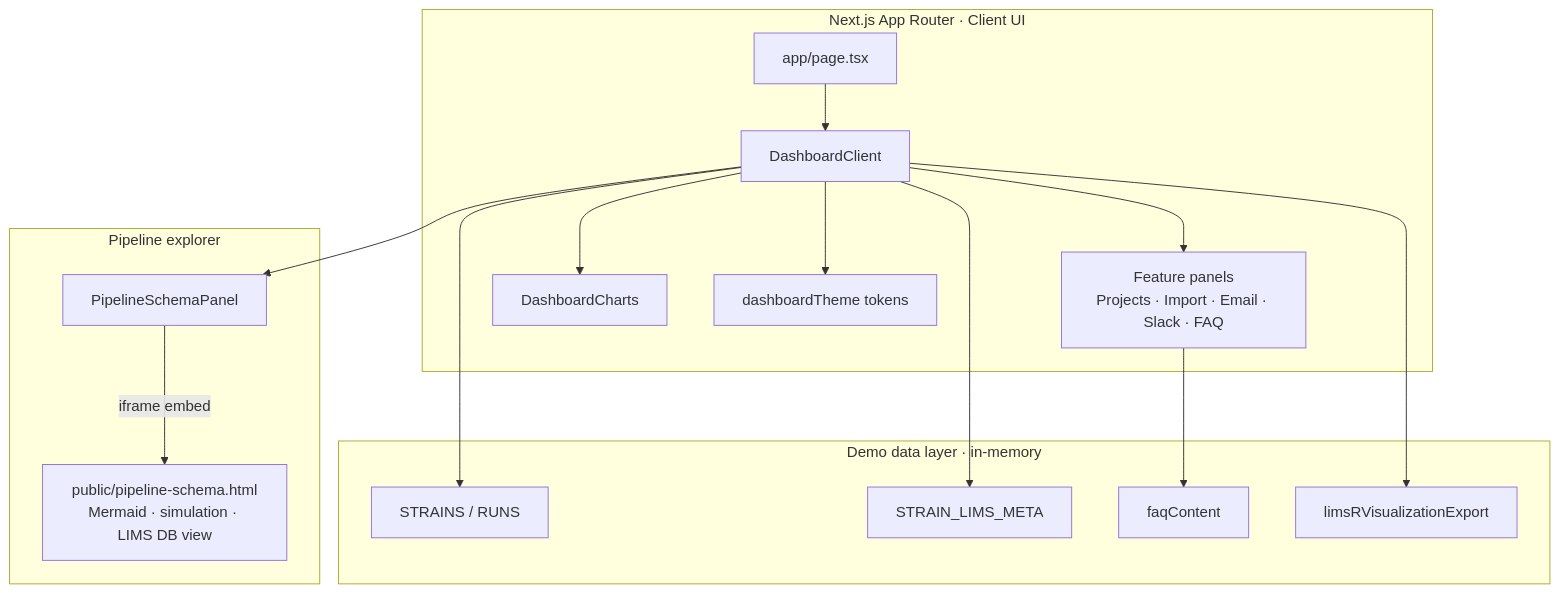
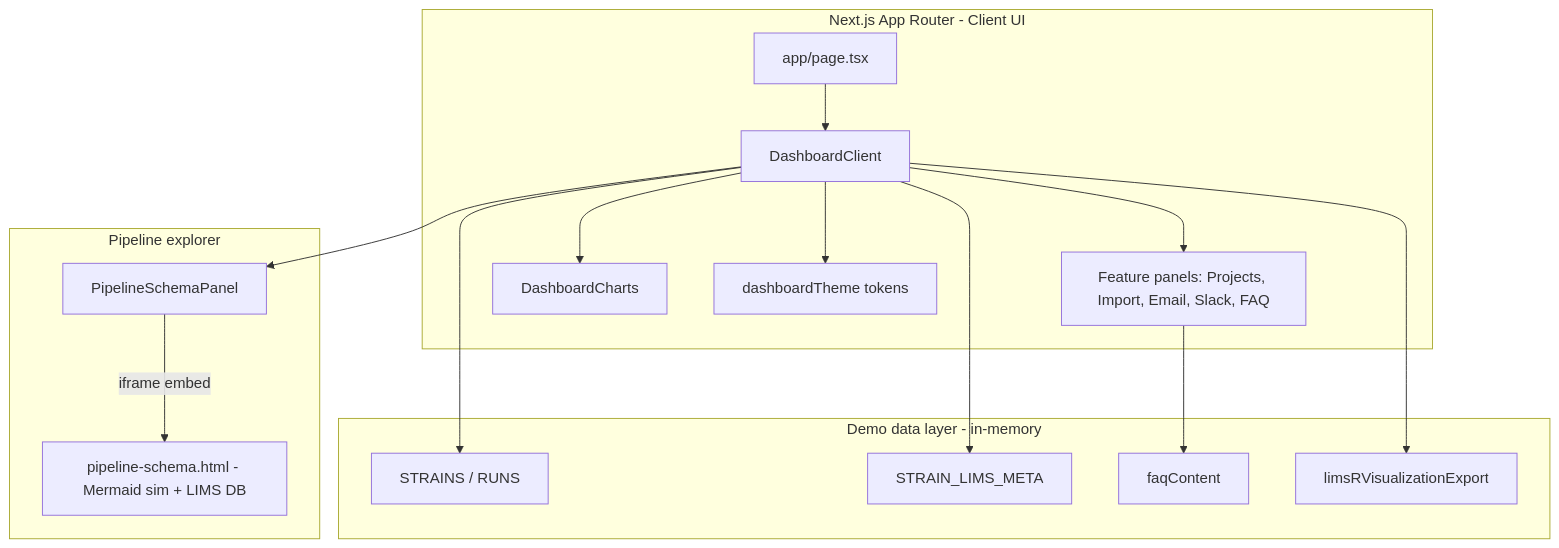
Before and after one commit to ironsignalworks/lims-console: the diagram in README.md, drawn with Mermaid.

Commit message:
Update README.md
GitHub’s Mermaid build is stricter than mermaid.live — it was dying on:

middots (·) in labels
\n multi-line node text
tight subgraph Id["…"] form (needs a space: subgraph Id ["…"])
Labels are now plain ASCII, single-line, with safer subgraph syntax.

````diff
--- a/README.md
+++ b/README.md
@@ -71,34 +71,34 @@
 ```mermaid
 flowchart TB
-  subgraph Client["Next.js App Router · Client UI"]
+  subgraph Client ["Next.js App Router - Client UI"]
     Home["app/page.tsx"]
     Dash["DashboardClient"]
-    Panels["Feature panels\nProjects · Import · Email · Slack · FAQ"]
+    Panels["Feature panels: Projects, Import, Email, Slack, FAQ"]
     Charts["DashboardCharts"]
     Theme["dashboardTheme tokens"]
     Home --> Dash
     Dash --> Panels
     Dash --> Charts
     Dash --> Theme
   end
 
-  subgraph Pipeline["Pipeline explorer"]
+  subgraph Pipeline ["Pipeline explorer"]
     SchemaPanel["PipelineSchemaPanel"]
-    Embed["public/pipeline-schema.html\nMermaid · simulation · LIMS DB view"]
-    SchemaPanel -->|iframe embed| Embed
+    Embed["pipeline-schema.html - Mermaid sim + LIMS DB"]
+    SchemaPanel -->|"iframe embed"| Embed
   end
 
   Dash --> SchemaPanel
 
-  subgraph Data["Demo data layer · in-memory"]
+  subgraph Data ["Demo data layer - in-memory"]
     Strains["STRAINS / RUNS"]
     Meta["STRAIN_LIMS_META"]
     FAQ["faqContent"]
     RExport["limsRVisualizationExport"]
   end
 
   Dash --> Strains
   Dash --> Meta
   Panels --> FAQ
   Dash --> RExport
 ```
````
